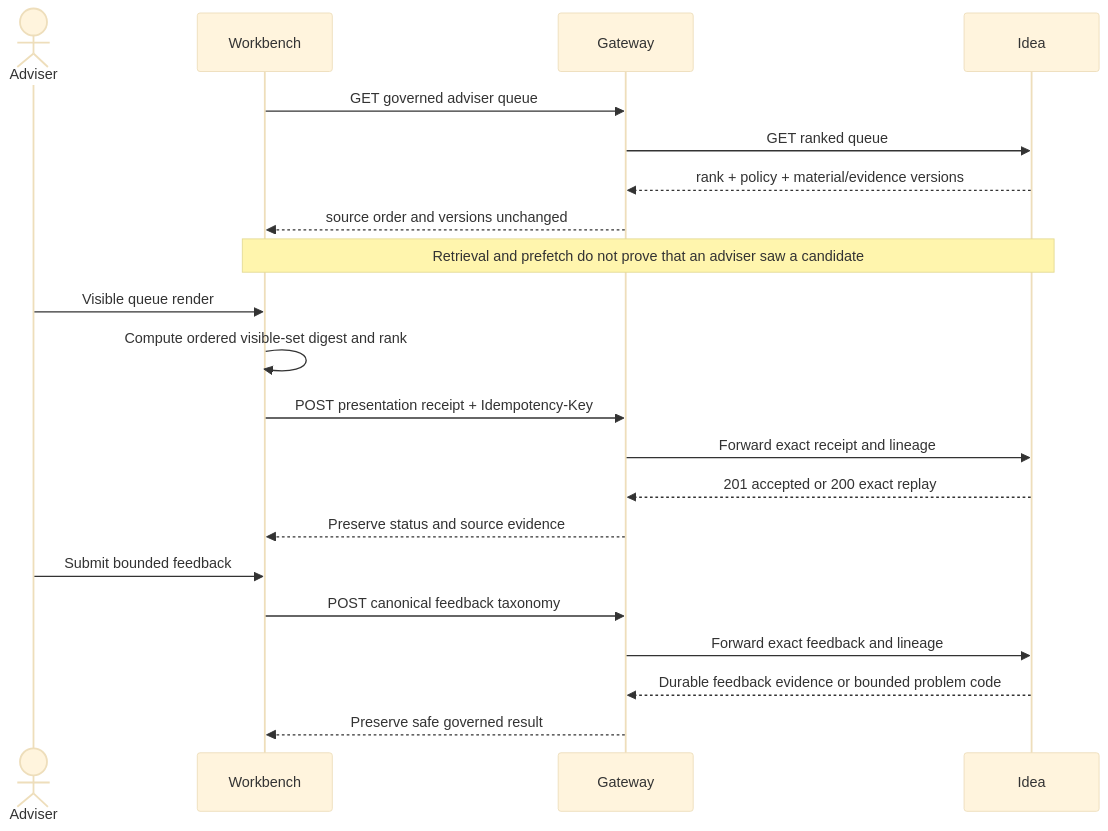
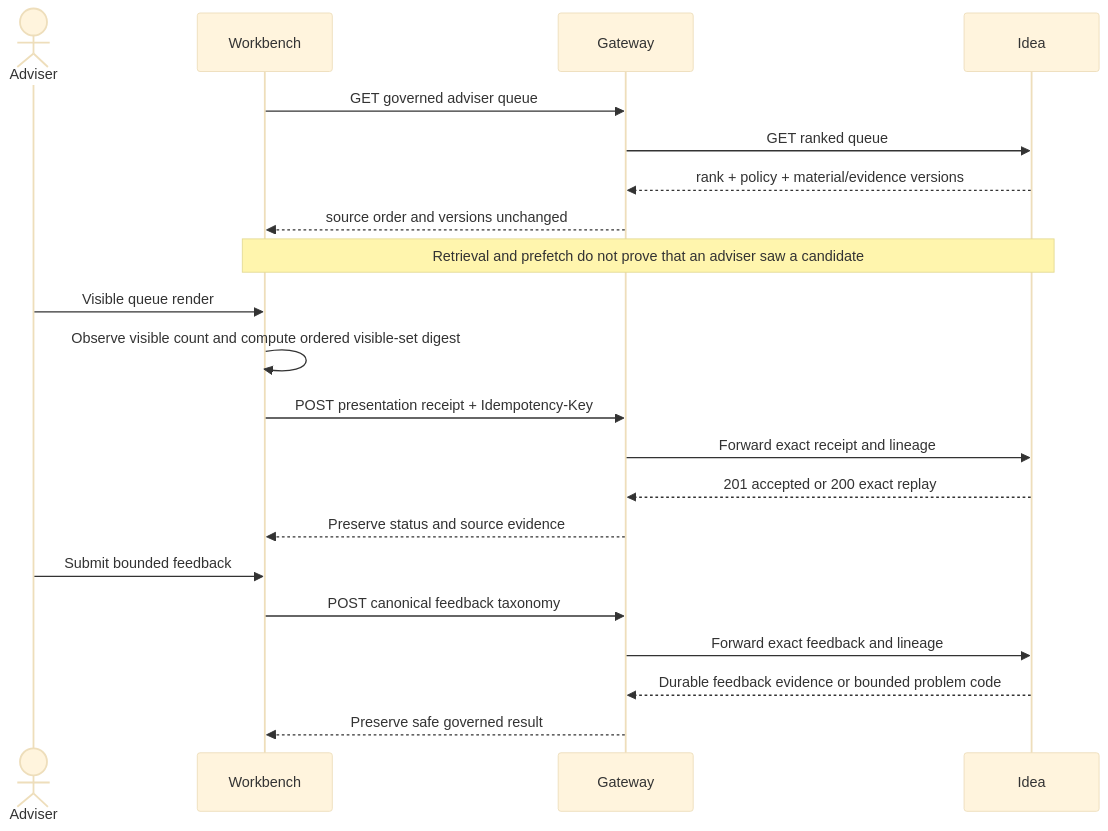
One commit to sgajbi/lotus-gateway changed the diagram in docs/operations/idea-opportunity-action-transport.md. Above: the diagram before and after it, drawn with Mermaid (base theme). The commit also changed other lines of this file and 10 other files, not shown here.

````diff
--- a/docs/operations/idea-opportunity-action-transport.md
+++ b/docs/operations/idea-opportunity-action-transport.md
@@ -18,24 +18,24 @@
 ```mermaid
 sequenceDiagram
     actor Adviser
     participant Workbench
     participant Gateway
     participant Idea
 
     Workbench->>Gateway: GET governed adviser queue
     Gateway->>Idea: GET ranked queue
     Idea-->>Gateway: rank + policy + material/evidence versions
     Gateway-->>Workbench: source order and versions unchanged
     Note over Workbench,Idea: Retrieval and prefetch do not prove that an adviser saw a candidate
     Adviser->>Workbench: Visible queue render
-    Workbench->>Workbench: Compute ordered visible-set digest and rank
+    Workbench->>Workbench: Observe visible count and compute ordered visible-set digest
     Workbench->>Gateway: POST presentation receipt + Idempotency-Key
     Gateway->>Idea: Forward exact receipt and lineage
     Idea-->>Gateway: 201 accepted or 200 exact replay
     Gateway-->>Workbench: Preserve status and source evidence
     Adviser->>Workbench: Submit bounded feedback
     Workbench->>Gateway: POST canonical feedback taxonomy
     Gateway->>Idea: Forward exact feedback and lineage
     Idea-->>Gateway: Durable feedback evidence or bounded problem code
     Gateway-->>Workbench: Preserve safe governed result
 ```
````
